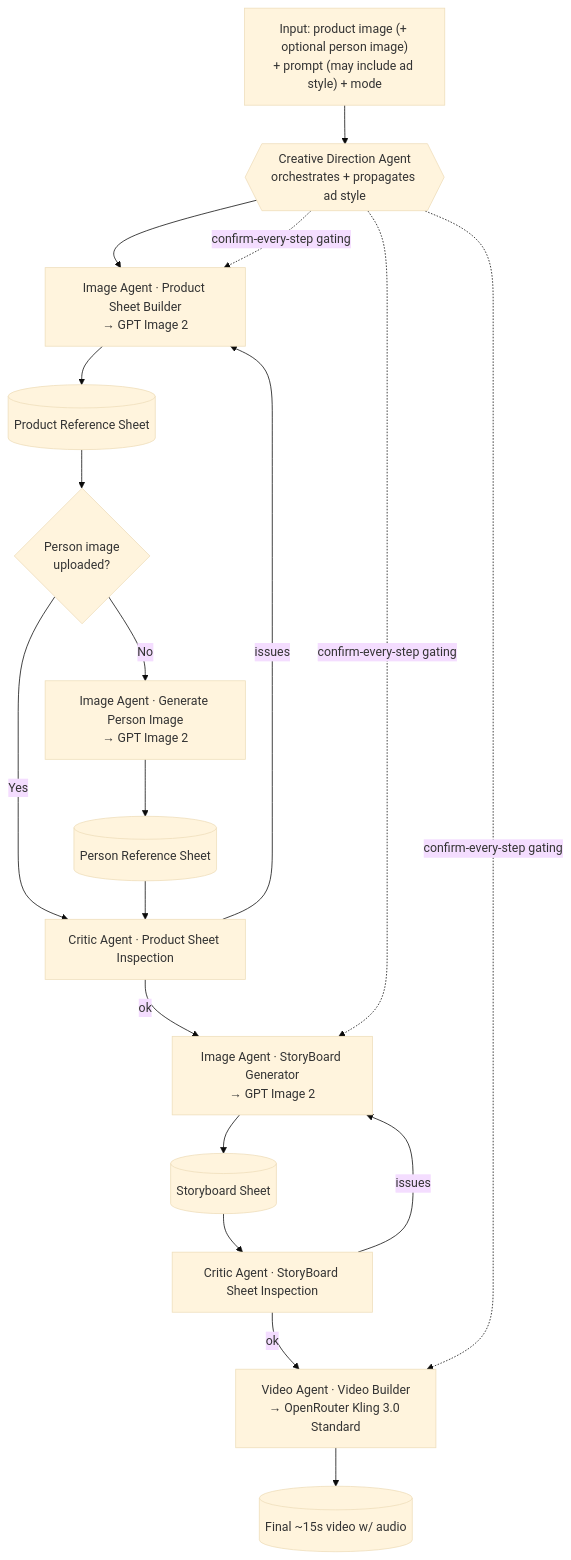
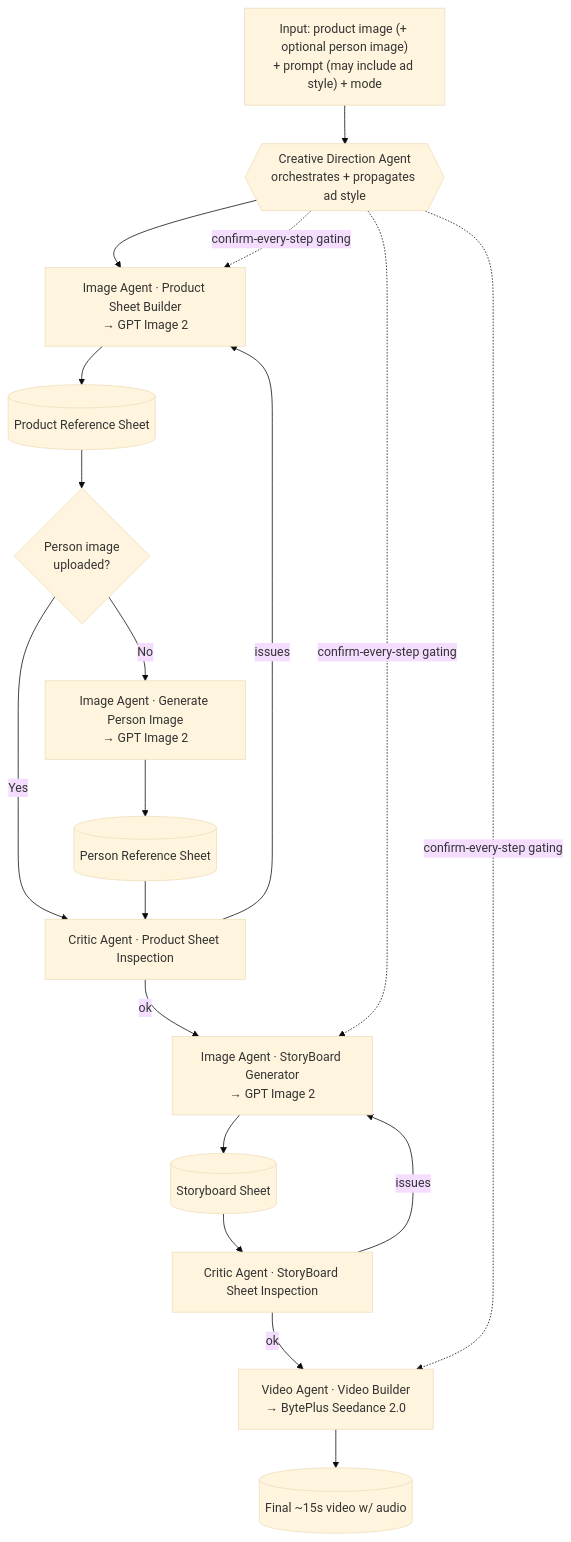
Before and after one commit to ExploitEngineer/ugc-video-system: the diagram in SPEC.md, drawn with Mermaid (base theme). The commit also changed other lines of this file and 16 other files, not shown here.

First line of the commit message:
revert(api): switch video provider OpenRouter Kling → BytePlus Seedance 2.0

````diff
--- a/SPEC.md
+++ b/SPEC.md
@@ -74,22 +74,22 @@
 ```mermaid
 flowchart TD
     A["Input: product image (+ optional person image)<br/>+ prompt (may include ad style) + mode"] --> CDA{{Creative Direction Agent<br/>orchestrates + propagates ad style}}
     CDA --> B["Image Agent · Product Sheet Builder<br/>→ GPT Image 2"]
     B --> PRS[(Product Reference Sheet)]
     PRS --> C{Person image<br/>uploaded?}
     C -- No --> D["Image Agent · Generate Person Image<br/>→ GPT Image 2"]
     D --> PERS[(Person Reference Sheet)]
     C -- Yes --> E
     PERS --> E["Critic Agent · Product Sheet Inspection"]
     E -- issues --> B
     E -- ok --> F["Image Agent · StoryBoard Generator<br/>→ GPT Image 2"]
     F --> SBS[(Storyboard Sheet)]
     SBS --> G["Critic Agent · StoryBoard Sheet Inspection"]
     G -- issues --> F
-    G -- ok --> H["Video Agent · Video Builder<br/>→ OpenRouter Kling 3.0 Standard"]
+    G -- ok --> H["Video Agent · Video Builder<br/>→ BytePlus Seedance 2.0"]
     H --> VID[(Final ~15s video w/ audio)]
 
     CDA -. confirm-every-step gating .-> B
     CDA -. confirm-every-step gating .-> F
     CDA -. confirm-every-step gating .-> H
 ```
````
